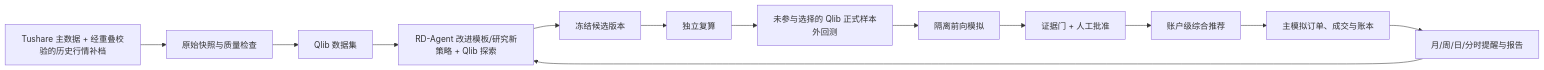
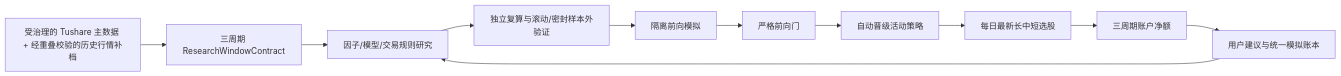
One commit to kk-secboy/raven_quant changed the diagram in 个人量化投资与模拟盘系统设计稿.md. Above: the diagram before and after it, drawn with Mermaid. The commit also changed other lines of this file and 223 other files, not shown here.

````diff
--- a/个人量化投资与模拟盘系统设计稿.md
+++ b/个人量化投资与模拟盘系统设计稿.md
@@ -76,15 +76,13 @@
 ```mermaid
 flowchart LR
-    A["Tushare 主数据 + 经重叠校验的历史行情补档"] --> B["原始快照与质量检查"]
-    B --> C["Qlib 数据集"]
-    C --> D["RD-Agent 改进模板/研究新策略 + Qlib 探索"]
-    D --> E["冻结候选版本"]
-    E --> F["独立复算"]
-    F --> G["未参与选择的 Qlib 正式样本外回测"]
-    G --> H["隔离前向模拟"]
-    H --> I["证据门 + 人工批准"]
-    I --> J["账户级综合推荐"]
-    J --> K["主模拟订单、成交与账本"]
-    K --> L["月/周/日/分时提醒与报告"]
-    L --> D
+    A["受治理的 Tushare 主数据 + 经重叠校验的历史行情补档"] --> B["三周期 ResearchWindowContract"]
+    B --> C["因子/模型/交易规则研究"]
+    C --> D["独立复算与滚动/密封样本外验证"]
+    D --> E["隔离前向模拟"]
+    E --> F["严格前向门"]
+    F --> G["自动晋级活动策略"]
+    G --> H["每日最新长中短选股"]
+    H --> I["三周期账户净额"]
+    I --> J["用户建议与统一模拟账本"]
+    J --> C
 ```
````
